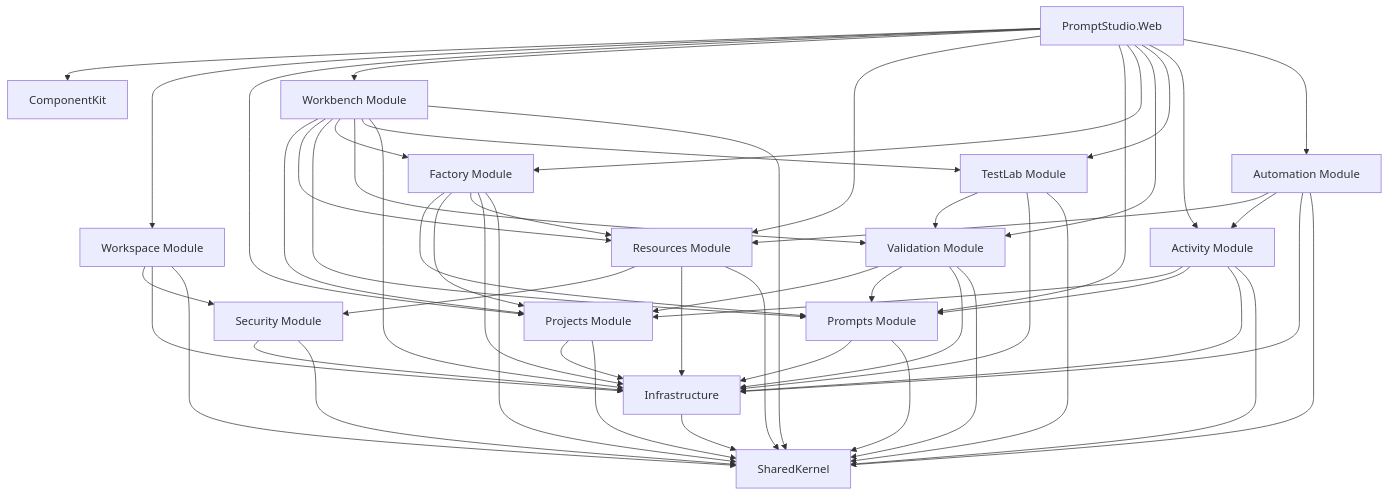
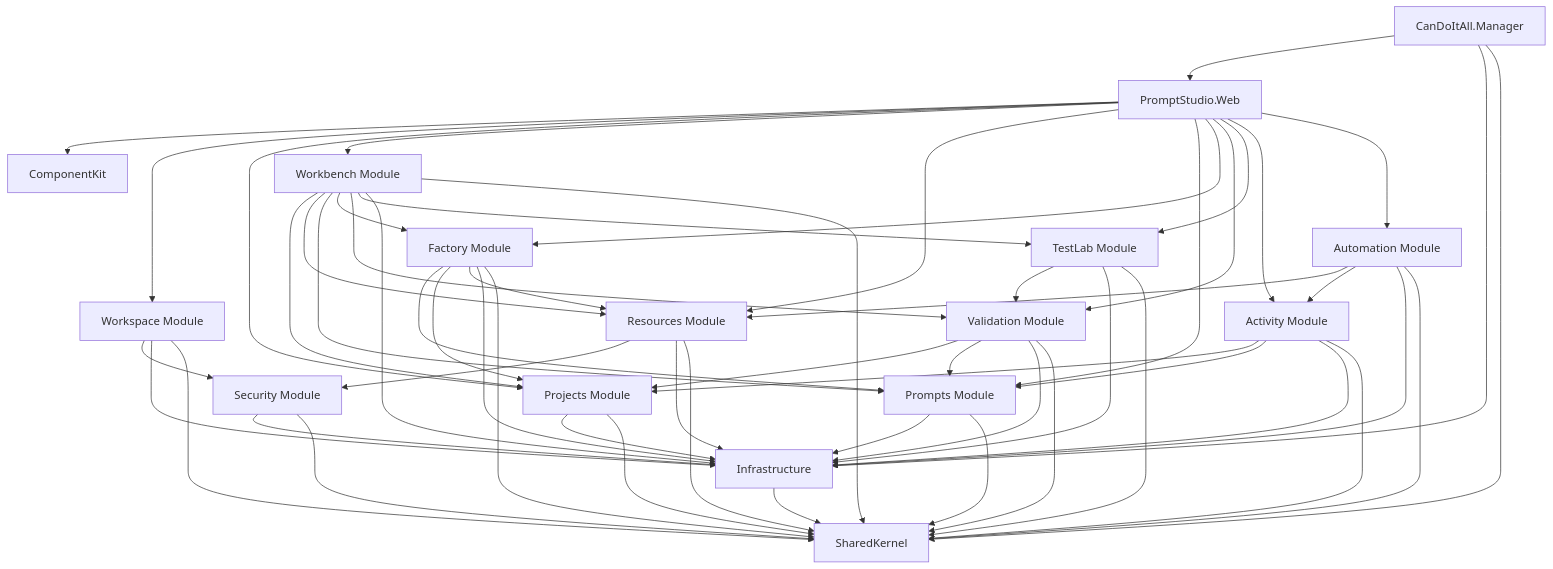
The diagram in PromptStudio_Architecture_Package/diagrams/02-module-map.mmd (fyziktom/CanDoItAll), drawn with Mermaid before and after one commit. The commit also changed 25 other files, not shown here.

```diff
--- a/PromptStudio_Architecture_Package/diagrams/02-module-map.mmd
+++ b/PromptStudio_Architecture_Package/diagrams/02-module-map.mmd
@@ -1,74 +1,78 @@
 %% 02-module-map.mmd
 flowchart TB
     Web["PromptStudio.Web"]
     CK["ComponentKit"]
     SK["SharedKernel"]
     INF["Infrastructure"]
+    MAN["CanDoItAll.Manager"]
 
     WS["Workspace Module"]
     SEC["Security Module"]
     PROJ["Projects Module"]
     WB["Workbench Module"]
     RES["Resources Module"]
     PR["Prompts Module"]
     FAC["Factory Module"]
     VAL["Validation Module"]
     TEST["TestLab Module"]
     ACT["Activity Module"]
     AUTO["Automation Module"]
 
     Web --> CK
     Web --> WS
     Web --> PROJ
     Web --> WB
     Web --> RES
     Web --> PR
     Web --> FAC
     Web --> VAL
     Web --> TEST
     Web --> ACT
     Web --> AUTO
+    MAN --> Web
+    MAN --> INF
+    MAN --> SK
 
     WS --> SEC
     RES --> SEC
     WB --> PROJ
     WB --> RES
     WB --> PR
     WB --> FAC
     WB --> VAL
     WB --> TEST
     FAC --> PR
     FAC --> PROJ
     FAC --> RES
     VAL --> PROJ
     VAL --> PR
     TEST --> VAL
     ACT --> PROJ
     ACT --> PR
     AUTO --> RES
     AUTO --> ACT
 
     WS --> INF
     SEC --> INF
     PROJ --> INF
     WB --> INF
     RES --> INF
     PR --> INF
     FAC --> INF
     VAL --> INF
     TEST --> INF
     ACT --> INF
     AUTO --> INF
 
     INF --> SK
     WS --> SK
     SEC --> SK
     PROJ --> SK
     WB --> SK
     RES --> SK
     PR --> SK
     FAC --> SK
     VAL --> SK
     TEST --> SK
     ACT --> SK
     AUTO --> SK
```
